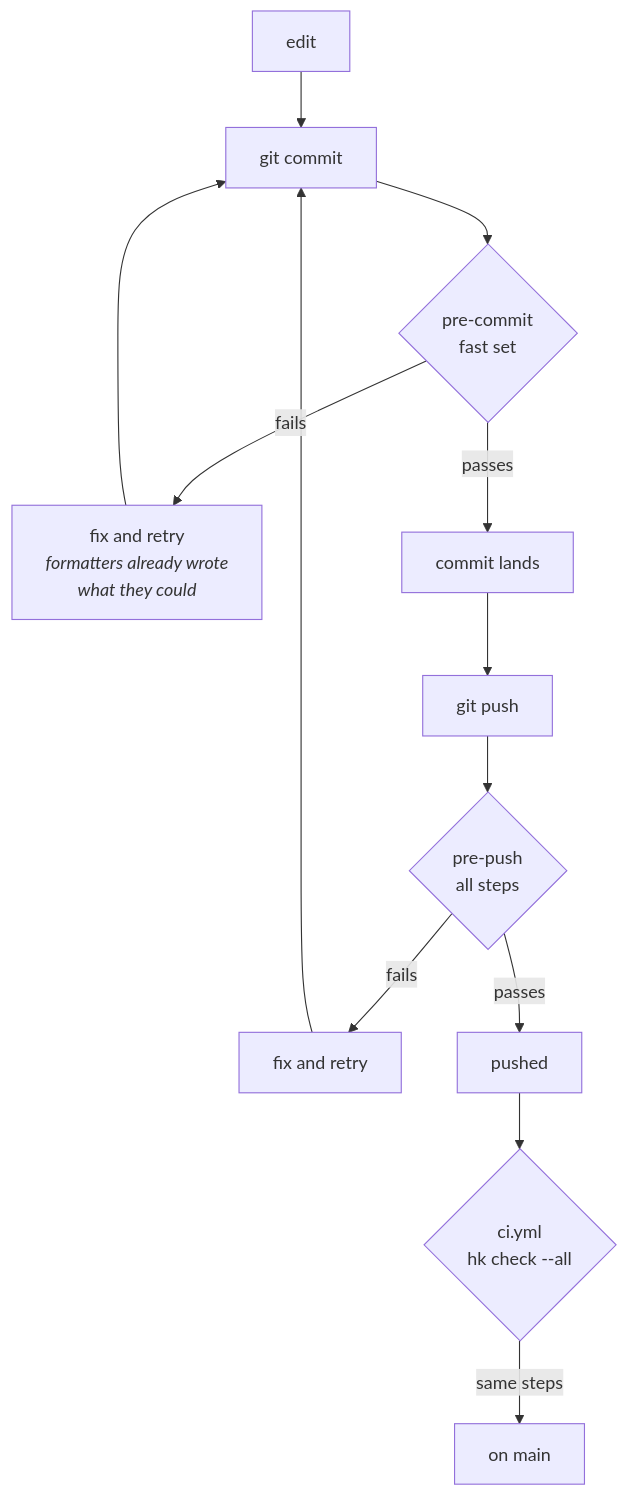
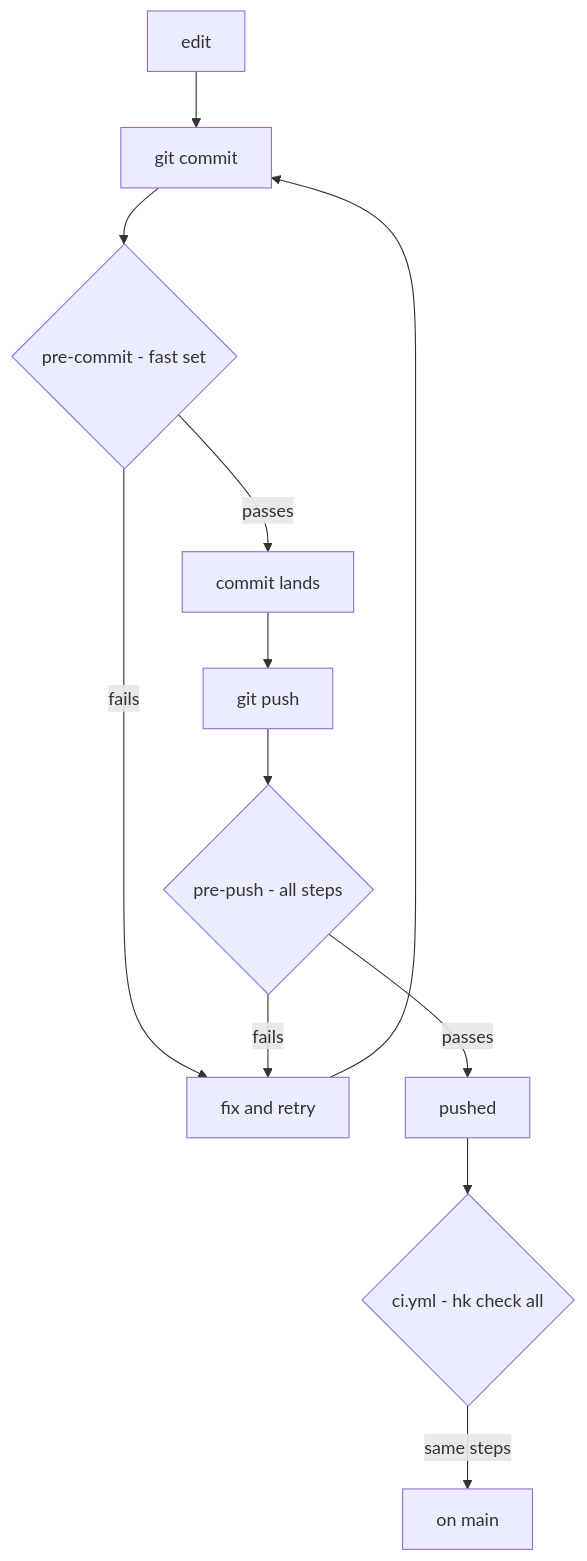
Before and after one commit to pr0d1r2/microlith: the second of 4 diagrams in INTEGRATION.md, drawn with Mermaid. The commit also changed other lines of this file, not shown here.

First line of the commit message:
docs(integration): mermaid that renders on GitLab too, not only GitHub

````diff
--- a/INTEGRATION.md
+++ b/INTEGRATION.md
@@ -41,15 +40,14 @@
 ```mermaid
-flowchart TD
+graph TD
     E["edit"] --> C["git commit"]
-    C --> PC{"pre-commit<br/>fast set"}
-    PC -->|fails| F["fix and retry<br/><i>formatters already wrote<br/>what they could</i>"]
+    C --> PC{"pre-commit - fast set"}
+    PC -->|fails| F["fix and retry"]
     F --> C
     PC -->|passes| CM["commit lands"]
     CM --> P["git push"]
-    P --> PP{"pre-push<br/>all steps"}
-    PP -->|fails| F2["fix and retry"]
-    F2 --> C
+    P --> PP{"pre-push - all steps"}
+    PP -->|fails| F
     PP -->|passes| R["pushed"]
-    R --> GH{"ci.yml<br/>hk check --all"}
+    R --> GH{"ci.yml - hk check all"}
     GH -->|same steps| M["on main"]
 ```
````
